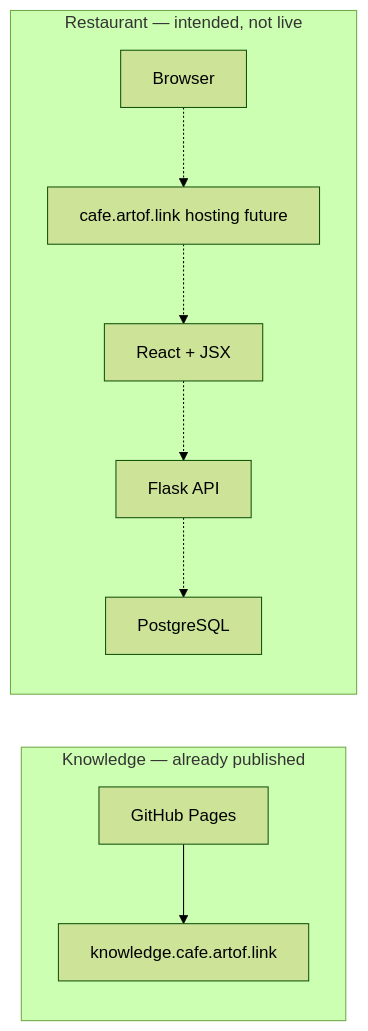
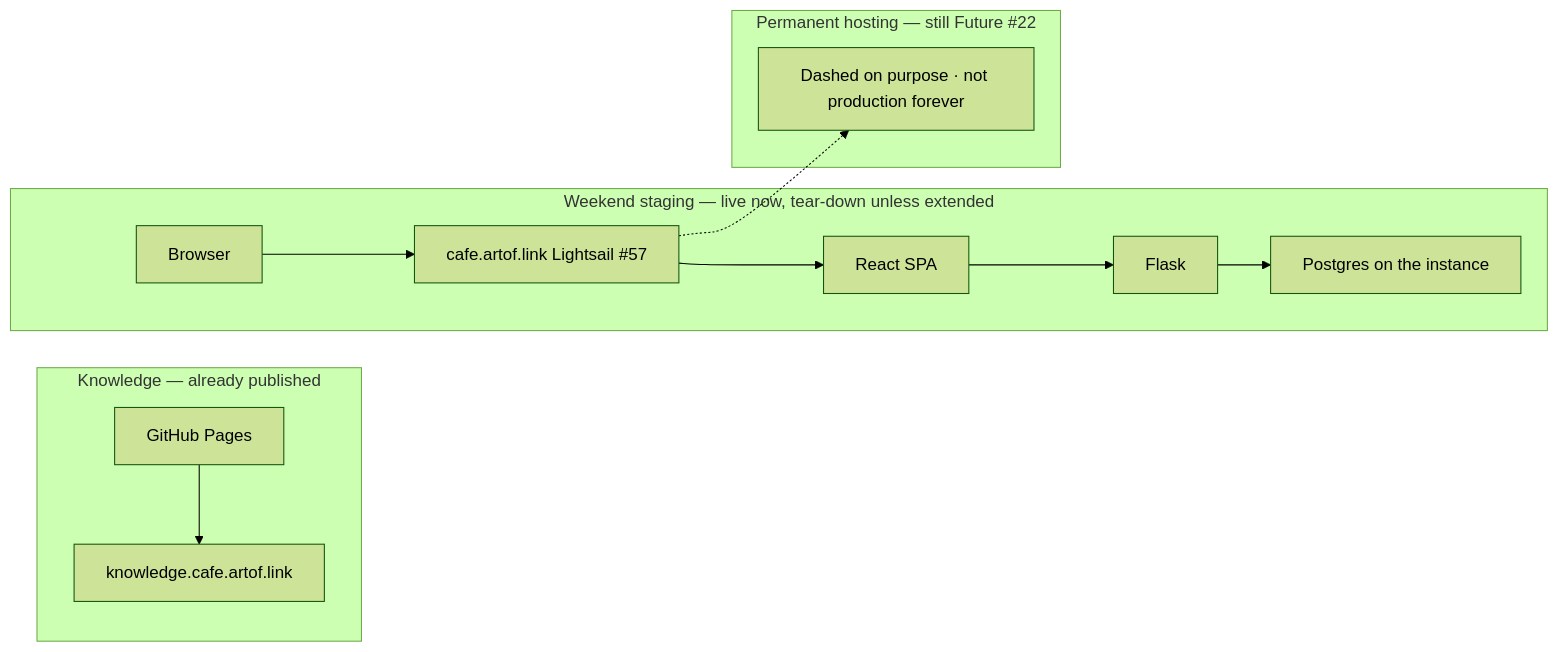
The second of 2 diagrams in knowledge/stack.md (artofdream/aea-interactive-design), drawn with Mermaid (forest theme) before and after one commit. The commit also changed other lines of this file and 13 other files, not shown here.

````diff
--- a/knowledge/stack.md
+++ b/knowledge/stack.md
@@ -57,12 +84,15 @@
 ```mermaid
 flowchart LR
   subgraph K2["Knowledge — already published"]
     PAGES["GitHub Pages"] --> KH2["knowledge.cafe.artof.link"]
   end
-  subgraph R["Restaurant — intended, not live"]
-    B["Browser"] -.-> HOST["cafe.artof.link hosting future"]
-    HOST -.-> RE["React + JSX"]
-    RE -.-> API["Flask API"]
-    API -.-> DB["PostgreSQL"]
+  subgraph S["Weekend staging — live now, tear-down unless extended"]
+    B["Browser"] --> HOST["cafe.artof.link Lightsail #57"]
+    HOST --> RE["React SPA"]
+    RE --> API["Flask"]
+    API --> DB["Postgres on the instance"]
+  end
+  subgraph R["Permanent hosting — still Future #22"]
+    HOST -.-> FUT["Dashed on purpose · not production forever"]
   end
 ```
````
